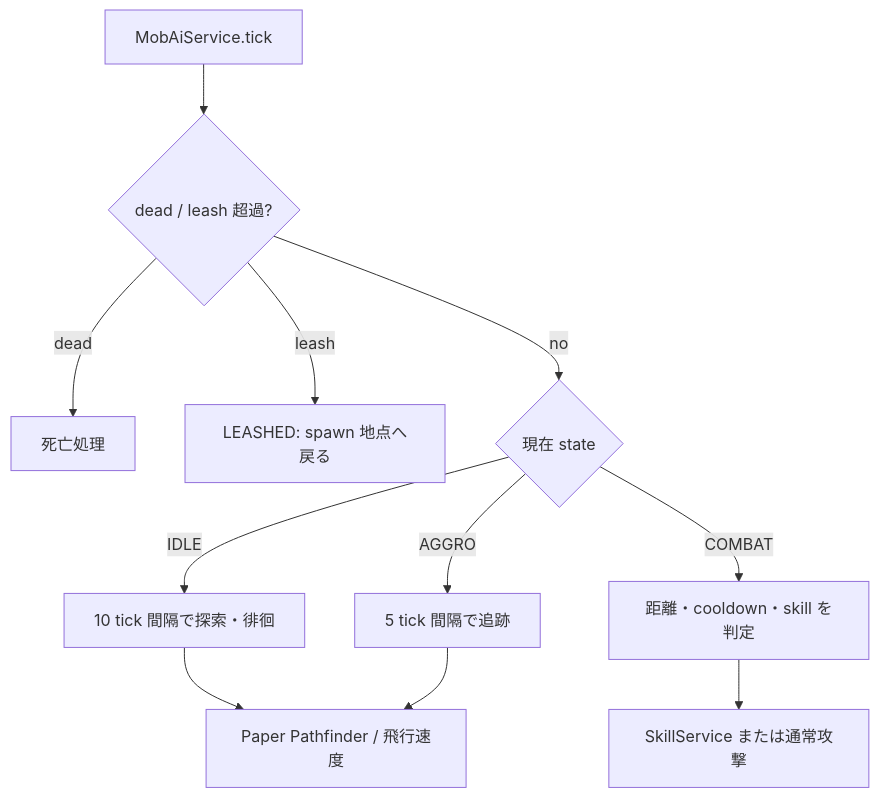
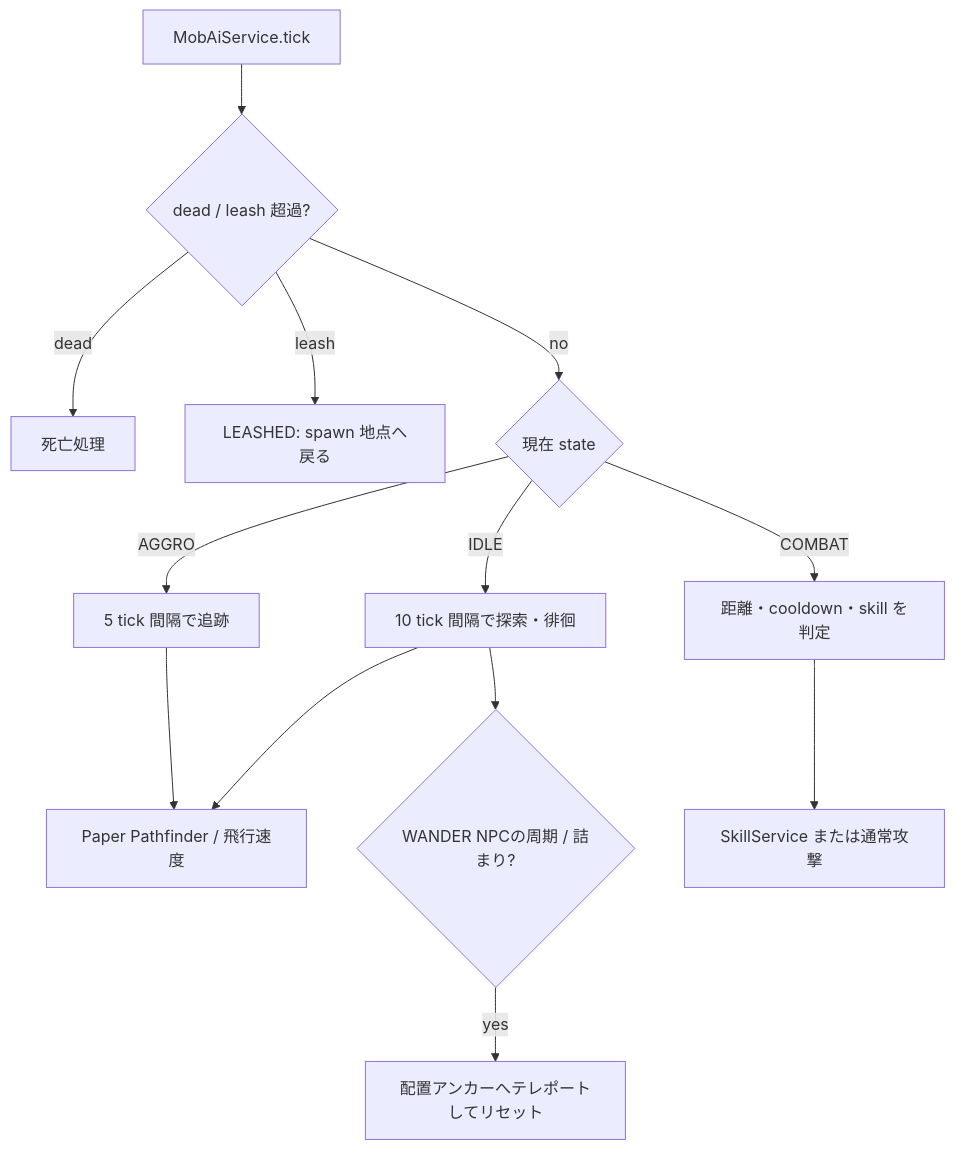
One commit to maaasu/AstralRecord-Workspace changed the second of 7 diagrams in 00_docs/10_Plugin設計書/feature/12-mob/12_4-統合フロー.md. Above: the diagram before and after it, drawn with Mermaid. The commit also changed other lines of this file and 11 other files, not shown here.

````diff
--- a/00_docs/10_Plugin設計書/feature/12-mob/12_4-統合フロー.md
+++ b/00_docs/10_Plugin設計書/feature/12-mob/12_4-統合フロー.md
@@ -44,13 +44,15 @@
 ```mermaid
 flowchart TD
     T[MobAiService.tick] --> D{dead / leash 超過?}
     D -- dead --> X[死亡処理]
     D -- leash --> L[LEASHED: spawn 地点へ戻る]
     D -- no --> S{現在 state}
     S -- IDLE --> I[10 tick 間隔で探索・徘徊]
     S -- AGGRO --> A[5 tick 間隔で追跡]
     S -- COMBAT --> C[距離・cooldown・skill を判定]
     I --> P[Paper Pathfinder / 飛行速度]
+    I --> R{WANDER NPCの周期 / 詰まり?}
+    R -- yes --> Z[配置アンカーへテレポートしてリセット]
     A --> P
     C --> K[SkillService または通常攻撃]
 ```
````
